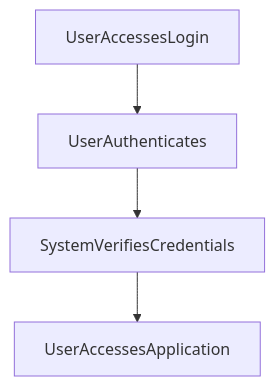
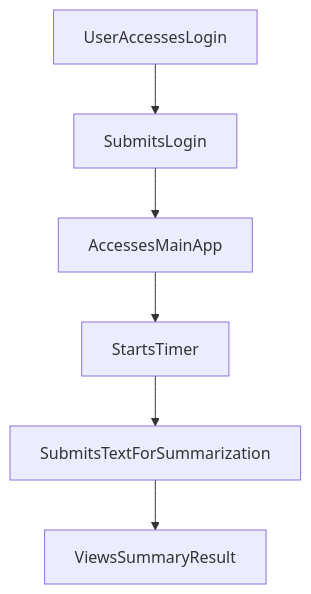
Before and after one commit to yogithasivakumar/FocusZen: the second of 2 diagrams in README.md, drawn with Mermaid. The commit also changed other lines of this file, not shown here.

````diff
--- a/README.md
+++ b/README.md
@@ -24,6 +25,8 @@
 ```mermaid
 flowchart TD
-    UserAccessesLogin --> UserAuthenticates
-    UserAuthenticates --> SystemVerifiesCredentials
-    SystemVerifiesCredentials --> UserAccessesApplication
+    UserAccessesLogin --> SubmitsLogin
+    SubmitsLogin --> AccessesMainApp
+    AccessesMainApp --> StartsTimer
+    StartsTimer --> SubmitsTextForSummarization
+    SubmitsTextForSummarization --> ViewsSummaryResult
 ```
````
